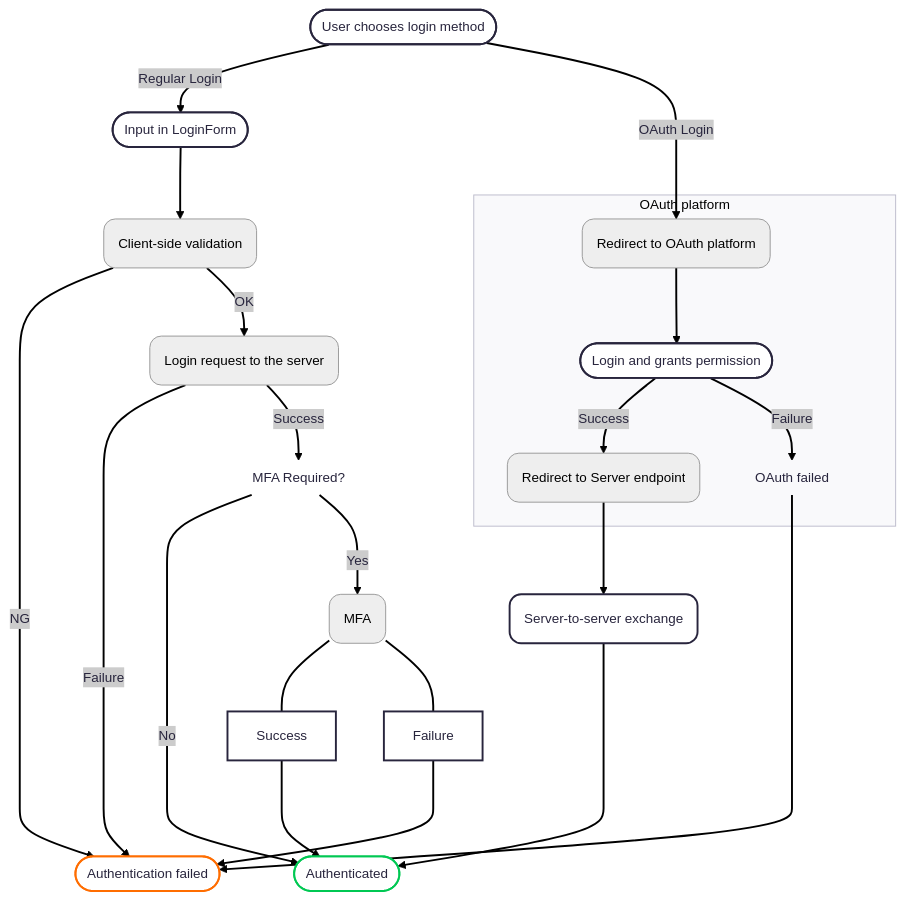
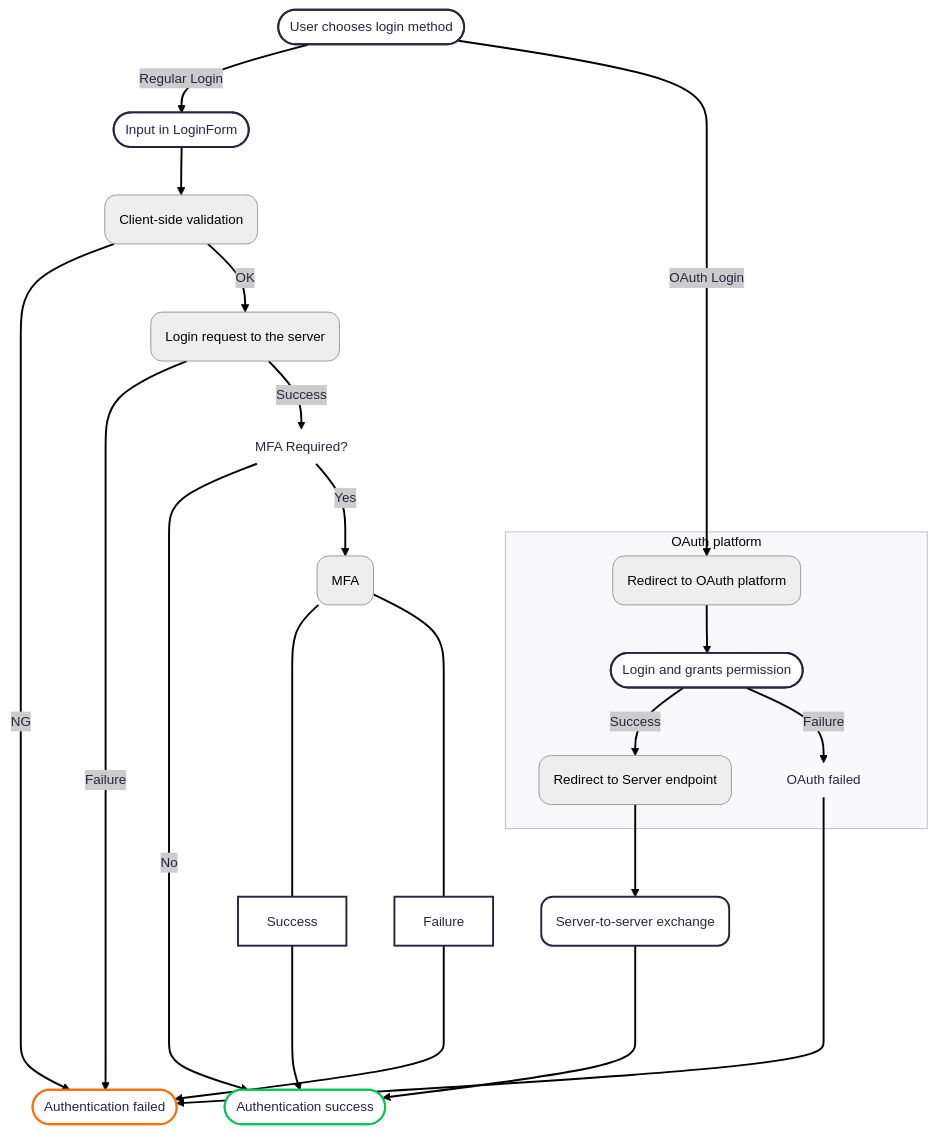
Before and after one commit to ysengoku/42-ft_transcendence: the diagram in doc/front/AUTH_MANAGER.md, drawn with Mermaid. The commit also changed other lines of this file and 4 other files, not shown here.

````diff
--- a/doc/front/AUTH_MANAGER.md
+++ b/doc/front/AUTH_MANAGER.md
@@ -169,47 +183,47 @@
 ```mermaid
 ---
 config:
   layout: dagre
   look: classic
   theme: redux
 ---
 flowchart TD
     A(["User chooses login method"]);
-    Q(["Authenticated"]);
+    Q(["Authentication success"]);
     R(["Authentication failed"]);
 
     A -- Regular Login --> B(["Input in LoginForm"]);
     B --> C("Client-side validation");
     C -- NG --> R;
     C -- OK --> D("Login request to the server");
     D -- Failure --> R;
     D -- Success --> E("MFA Required?");
     E -- No --> Q;
     E -- Yes --> F("MFA");
-    F --- Success ---> Q;
-    F --- Failure ---> R;
+    F ----- Success ----> Q;
+    F ----- Failure ----> R;
 
     A -- OAuth Login --> H("Redirect to OAuth platform");
 
     subgraph OAuth platform
       H --> I(["Login and grants permission"]);
       I -- Success --> J("Redirect to Server endpoint");
       I -- Failure --> K("OAuth failed") 
     end
 
     J --> P("Server-to-server exchange");
     P ----> Q;
     K ----> R;
 
     E@{ shape: text}
     K@{ shape: text}
     C:::Ash
     D:::Ash
     F:::Ash
     H:::Ash
     J:::Ash
 
     classDef Ash stroke-width:1px, stroke-dasharray:none, stroke:#999999, fill:#EEEEEE, color:#000000
     style R stroke:#FF6D00
     style Q stroke:#00C853
 ```
````
